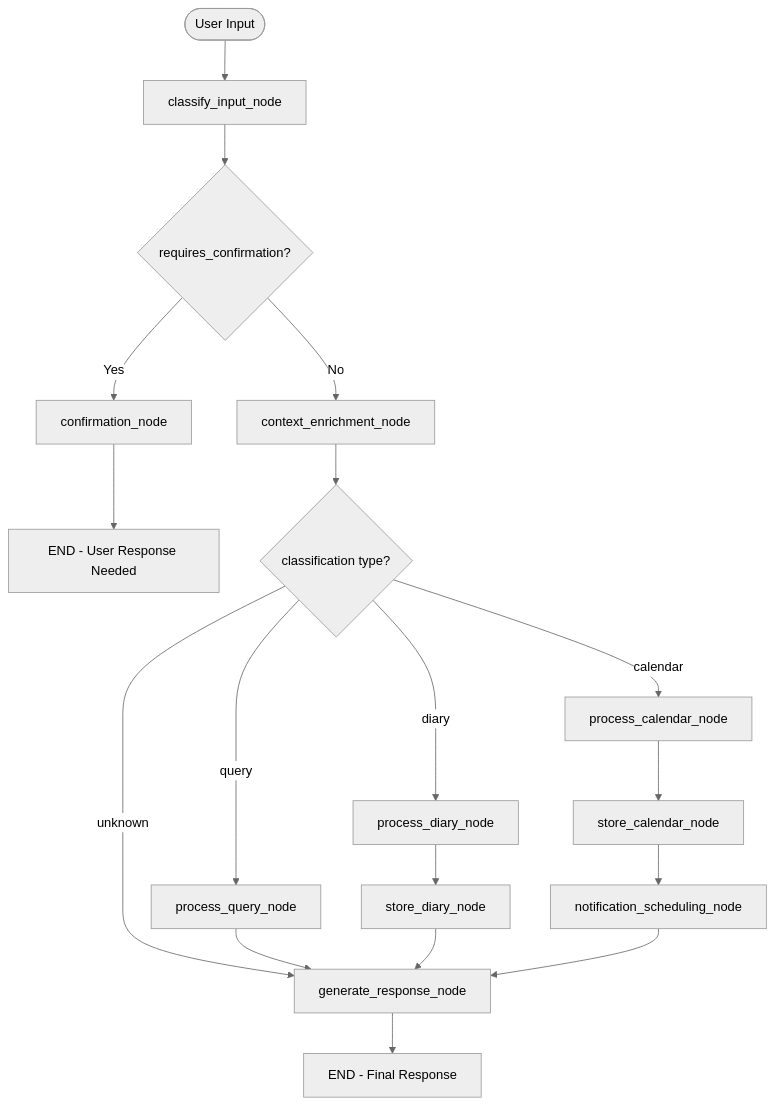
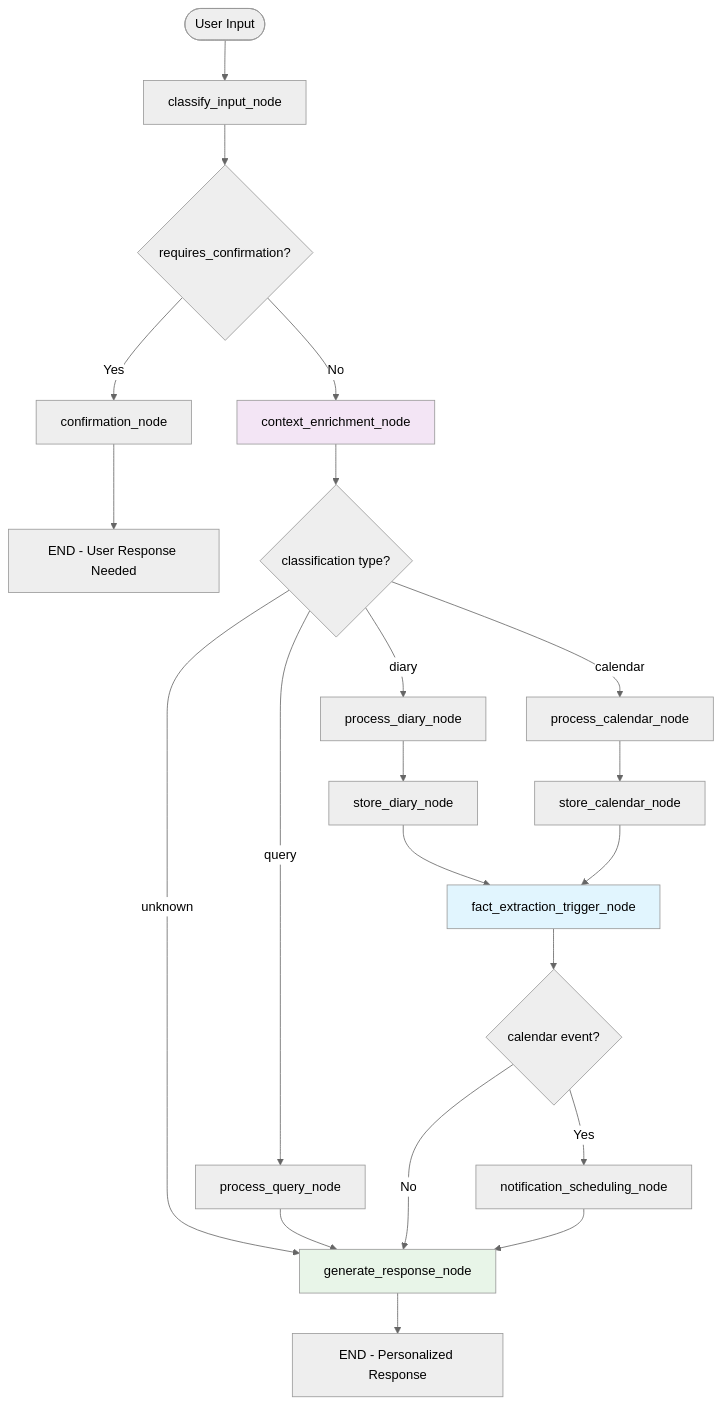
One commit to ShuhangGe/calendar changed the diagram in backend/app/langgraph_workflows/README.md. Above: the diagram before and after it, drawn with Mermaid (neutral theme). The commit also changed other lines of this file and 16 other files, not shown here.

````diff
--- a/backend/app/langgraph_workflows/README.md
+++ b/backend/app/langgraph_workflows/README.md
@@ -11,26 +11,34 @@
 ```mermaid
 graph TD
     START([User Input]) --> CLASSIFY[classify_input_node]
     
     CLASSIFY --> DECISION1{requires_confirmation?}
     DECISION1 -->|Yes| CONFIRM[confirmation_node]
     DECISION1 -->|No| CONTEXT[context_enrichment_node]
     
     CONFIRM --> END1[END - User Response Needed]
     
     CONTEXT --> DECISION2{classification type?}
     DECISION2 -->|diary| PROC_DIARY[process_diary_node]
     DECISION2 -->|calendar| PROC_CAL[process_calendar_node]  
     DECISION2 -->|query| PROC_QUERY[process_query_node]
     DECISION2 -->|unknown| RESPONSE[generate_response_node]
     
     PROC_DIARY --> STORE_DIARY[store_diary_node]
     PROC_CAL --> STORE_CAL[store_calendar_node]
     PROC_QUERY --> RESPONSE[generate_response_node]
     
-    STORE_DIARY --> RESPONSE
-    STORE_CAL --> NOTIFY[notification_scheduling_node]
+    STORE_DIARY --> FACT_EXTRACT[fact_extraction_trigger_node]
+    STORE_CAL --> FACT_EXTRACT[fact_extraction_trigger_node]
+    
+    FACT_EXTRACT --> DECISION3{calendar event?}
+    DECISION3 -->|Yes| NOTIFY[notification_scheduling_node]
+    DECISION3 -->|No| RESPONSE[generate_response_node]
     
     NOTIFY --> RESPONSE
-    RESPONSE --> END2[END - Final Response]
+    RESPONSE --> END2[END - Personalized Response]
+    
+    style FACT_EXTRACT fill:#e1f5fe
+    style CONTEXT fill:#f3e5f5
+    style RESPONSE fill:#e8f5e8
 ```
````
